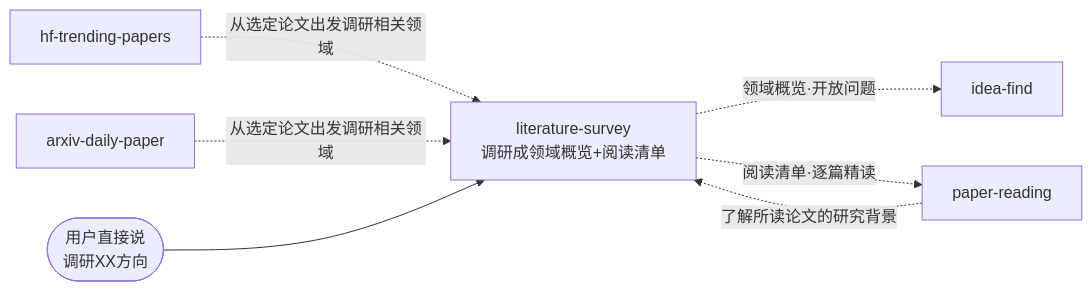
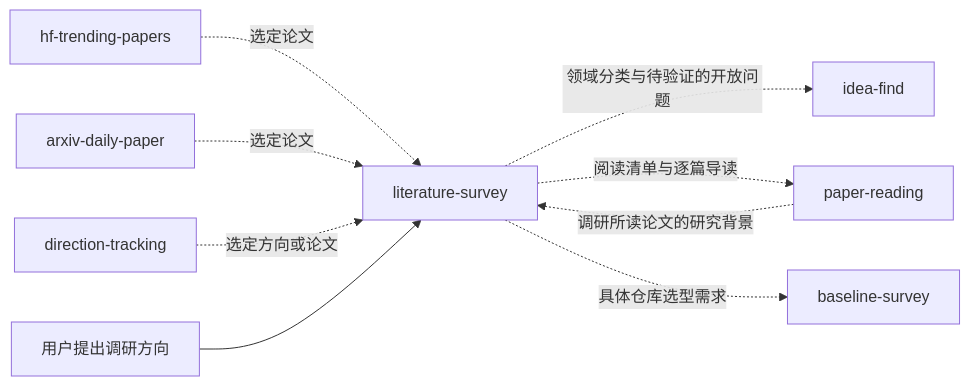
The first of 2 diagrams in plugins/dl-assistant/skills/literature-survey/SKILL.md (jackwang0108/dl-assistant), drawn with Mermaid before and after one commit. The commit also changed other lines of this file and 13 other files, not shown here.

Commit message:
Improve the literature survey workflow

````diff
--- a/plugins/dl-assistant/skills/literature-survey/SKILL.md
+++ b/plugins/dl-assistant/skills/literature-survey/SKILL.md
@@ -22,10 +12,11 @@
 ```mermaid
 flowchart LR
-    HF[hf-trending-papers] -.->|从选定论文出发调研相关领域| LS
-    AD[arxiv-daily-paper] -.->|从选定论文出发调研相关领域| LS
-    PR[paper-reading] -.->|了解所读论文的研究背景| LS
-    USER(["用户直接说<br/>调研XX方向"]) --> LS
-    LS["literature-survey<br/>调研成领域概览+阅读清单"]
-    LS -.->|领域概览·开放问题| IF[idea-find]
-    LS -.->|阅读清单·逐篇精读| PR
+    HF[hf-trending-papers] -.->|选定论文| LS
+    AD[arxiv-daily-paper] -.->|选定论文| LS
+    DT[direction-tracking] -.->|选定方向或论文| LS
+    PR[paper-reading] -.->|调研所读论文的研究背景| LS
+    USER["用户提出调研方向"] --> LS["literature-survey"]
+    LS -.->|领域分类与待验证的开放问题| IF[idea-find]
+    LS -.->|阅读清单与逐篇导读| PR
+    LS -.->|具体仓库选型需求| BS[baseline-survey]
 ```
````
